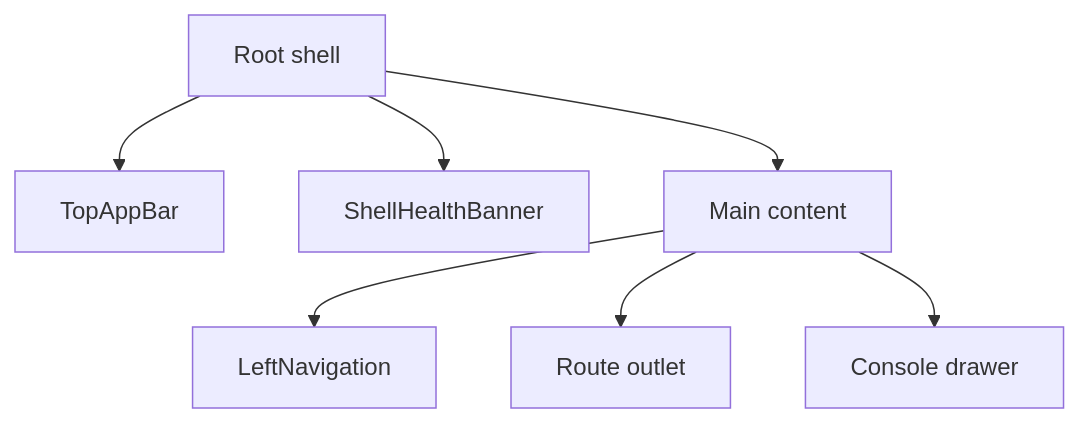
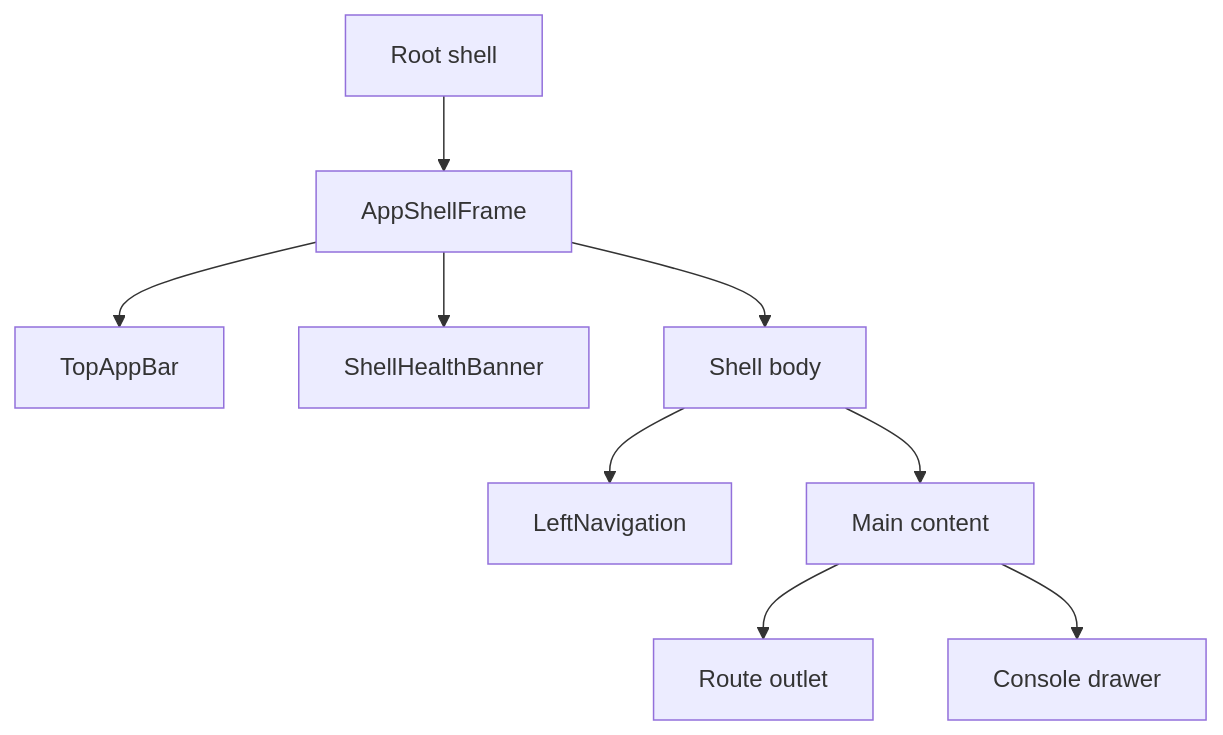
The first of 3 diagrams in docs/architecture/components/web/appshell/app-shell.md (dunay2/dvt), drawn with Mermaid before and after one commit. The commit also changed other lines of this file and 7 other files, not shown here.

Commit message:
refactor(web): Extract app shell frame

````diff
--- a/docs/architecture/components/web/appshell/app-shell.md
+++ b/docs/architecture/components/web/appshell/app-shell.md
@@ -30,9 +31,11 @@
 ```mermaid
 flowchart TB
-  Root["Root shell"] --> TopBar["TopAppBar"]
-  Root --> Health["ShellHealthBanner"]
-  Root --> Main["Main content"]
-  Main --> Nav["LeftNavigation"]
+  Root["Root shell"] --> Frame["AppShellFrame"]
+  Frame --> TopBar["TopAppBar"]
+  Frame --> Health["ShellHealthBanner"]
+  Frame --> Body["Shell body"]
+  Body --> Nav["LeftNavigation"]
+  Body --> Main["Main content"]
   Main --> Outlet["Route outlet"]
   Main --> Console["Console drawer"]
 ```
````
